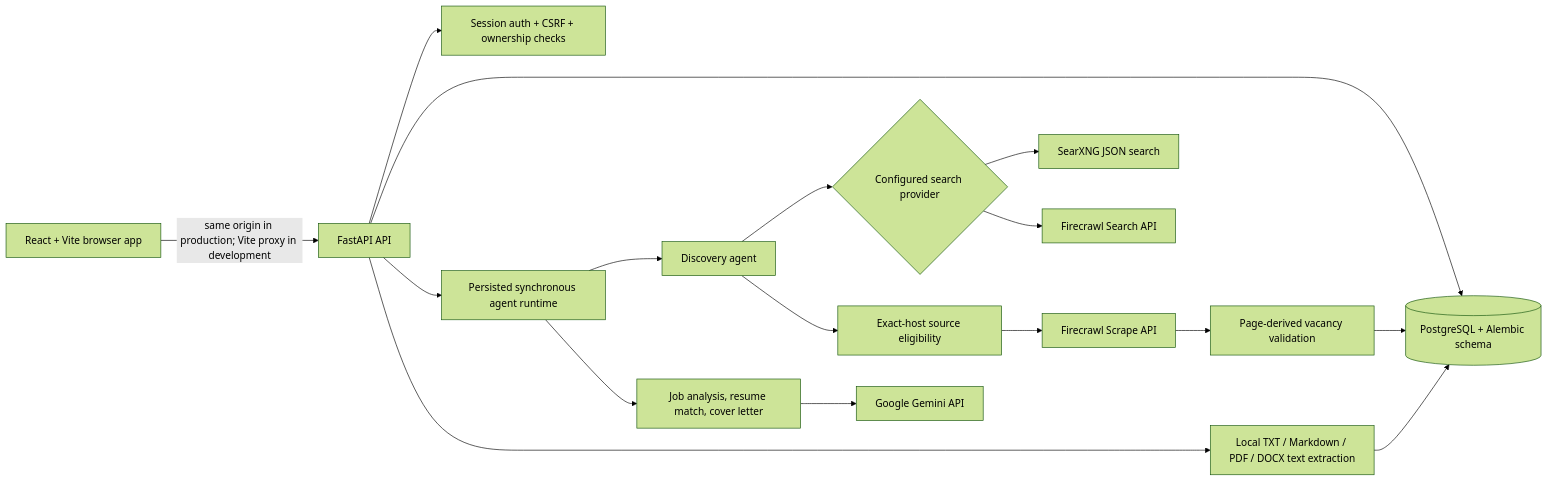
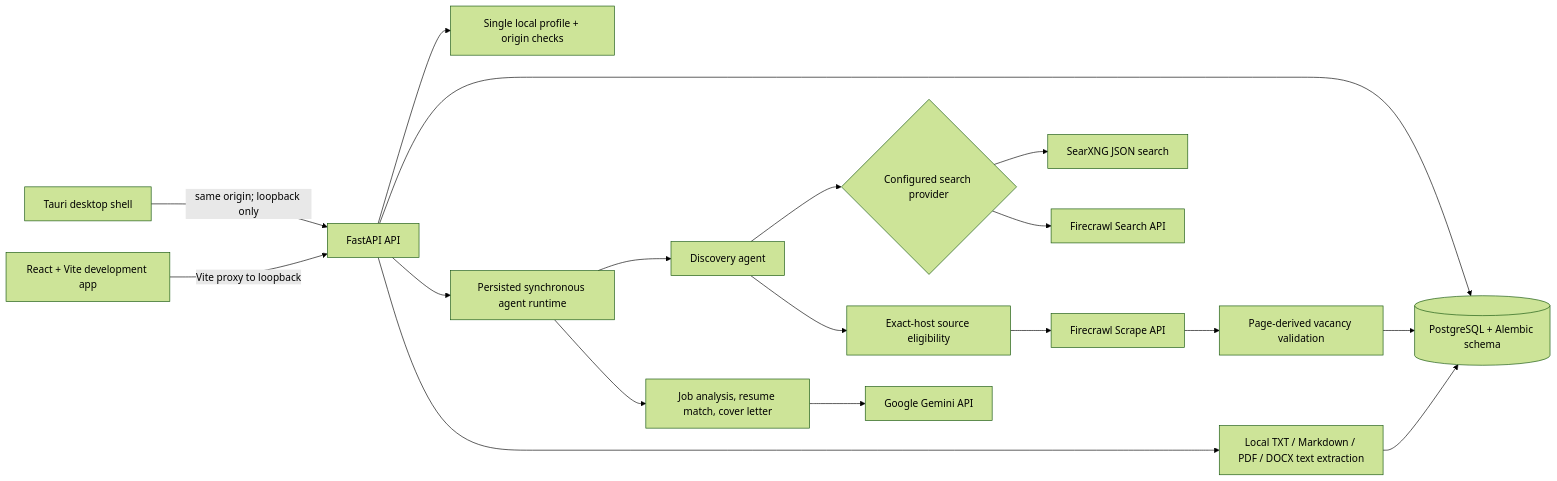
The diagram in README.md (Longtsubemo/ai-career-copilot), drawn with Mermaid (forest theme) before and after one commit. The commit also changed other lines of this file and 68 other files, not shown here.

First line of the commit message:
feat(desktop): add experimental Tauri desktop runtime and installer tooling

````diff
--- a/README.md
+++ b/README.md
@@ -22,19 +22,20 @@
 ```mermaid
 flowchart LR
-    Browser[React + Vite browser app] -->|same origin in production; Vite proxy in development| API[FastAPI API]
-    API --> Auth[Session auth + CSRF + ownership checks]
+    Desktop[Tauri desktop shell] -->|same origin; loopback only| API[FastAPI API]
+    Browser[React + Vite development app] -->|Vite proxy to loopback| API
+    API --> Local[Single local profile + origin checks]
     API --> DB[(PostgreSQL + Alembic schema)]
     API --> Runtime[Persisted synchronous agent runtime]
     Runtime --> Discovery[Discovery agent]
     Discovery --> Search{Configured search provider}
     Search --> SearXNG[SearXNG JSON search]
     Search --> FSearch[Firecrawl Search API]
     Discovery --> Gate[Exact-host source eligibility]
     Gate --> Scrape[Firecrawl Scrape API]
     Scrape --> Evidence[Page-derived vacancy validation]
     Evidence --> DB
     Runtime --> GeminiAgents[Job analysis, resume match, cover letter]
     GeminiAgents --> Gemini[Google Gemini API]
     API --> ResumeParser[Local TXT / Markdown / PDF / DOCX text extraction]
     ResumeParser --> DB
 ```
````
